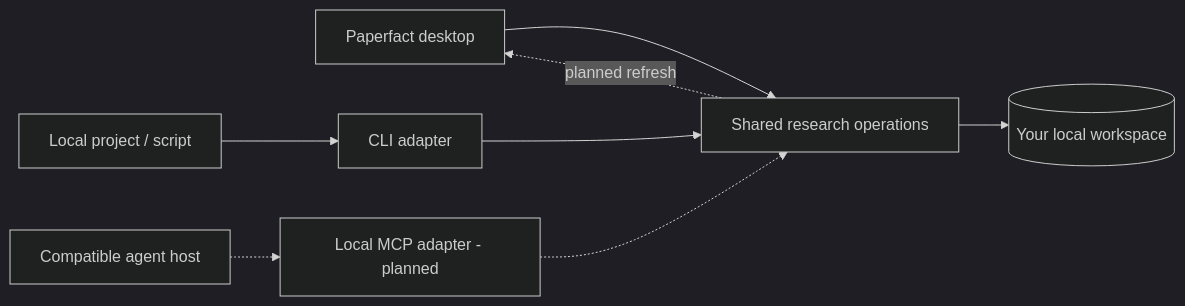
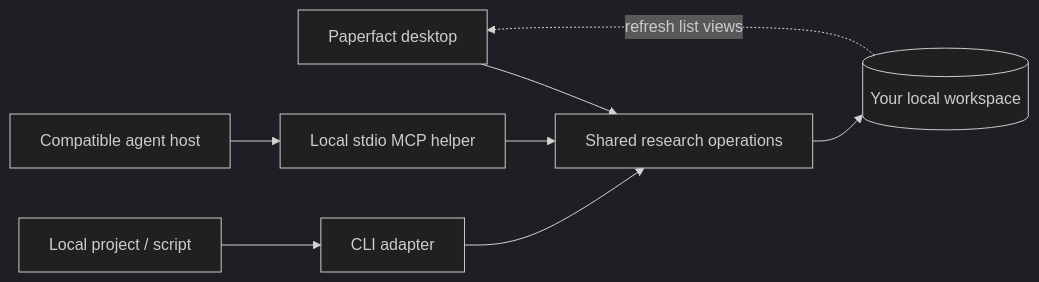
The second of 2 diagrams in README.md (puddings-world/Paperfact), drawn with Mermaid (dark theme) before and after one commit. The commit also changed other lines of this file and 35 other files, not shown here.

Commit message:
Add shared local CLI and MCP integration for Paperfact 0.3.0

````diff
--- a/README.md
+++ b/README.md
@@ -141,9 +142,9 @@
 ```mermaid
 flowchart LR
     UI["Paperfact desktop"] --> Core["Shared research operations"]
     Project["Local project / script"] --> CLI["CLI adapter"] --> Core
-    Agent["Compatible agent host"] -.-> MCP["Local MCP adapter - planned"]
-    MCP -.-> Core
+    Agent["Compatible agent host"] --> MCP["Local stdio MCP helper"]
+    MCP --> Core
     Core --> Data[("Your local workspace")]
-    Core -. "planned refresh" .-> UI
+    Data -. "refresh list views" .-> UI
 ```
````
